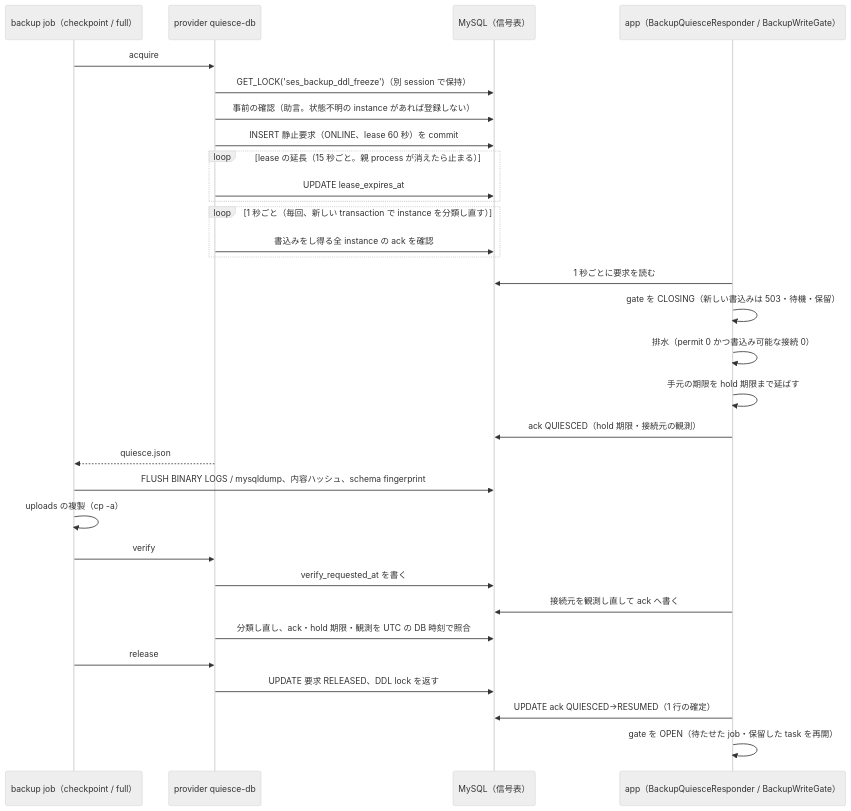
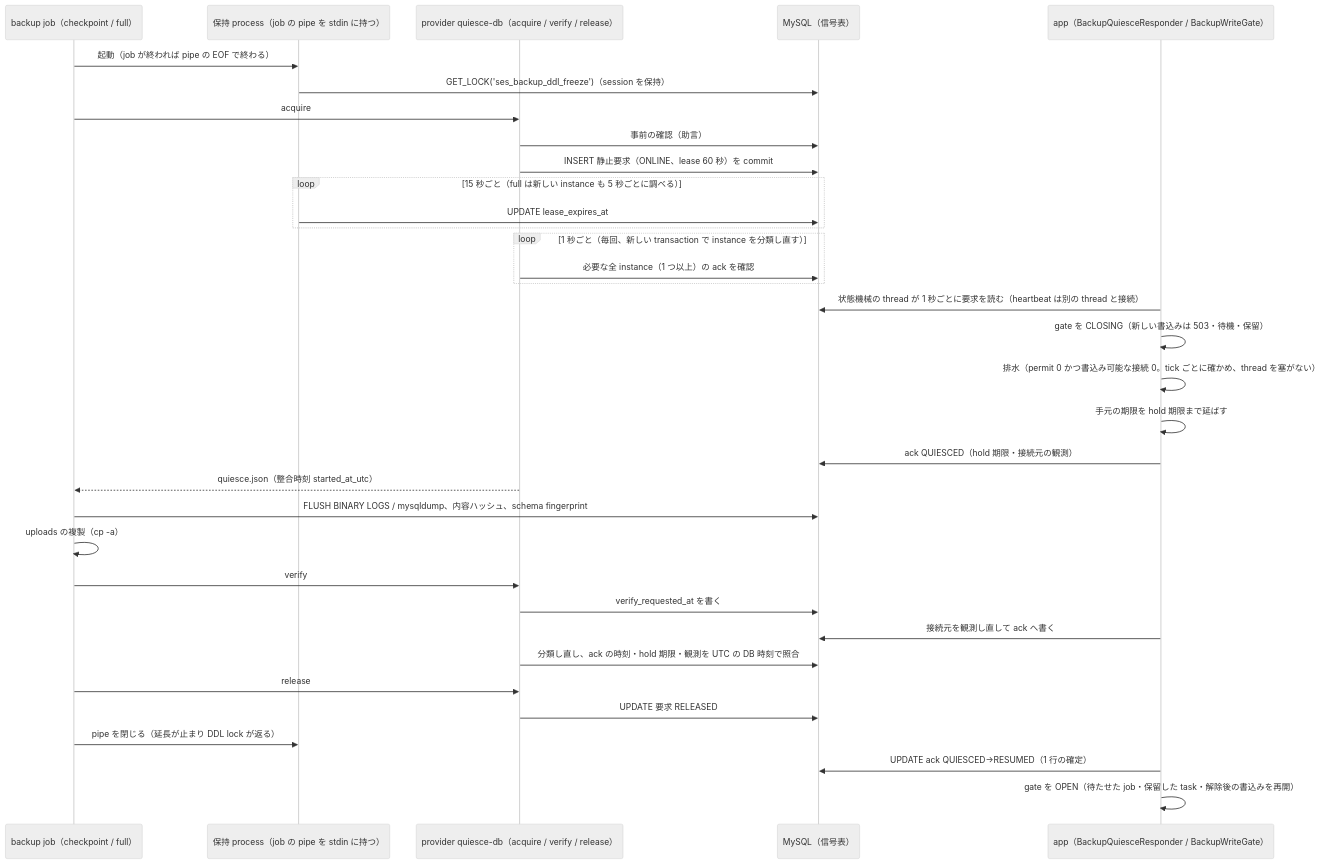
Before and after one commit to satoshi2024/ses-manager-pro: the diagram in .kiro/specs/backup-write-quiesce/design.md, drawn with Mermaid (neutral theme). The commit also changed other lines of this file and 2 other files, not shown here.

First line of the commit message:
backup の書込み静止の spec を差分 review と利用者の決定に合わせて直す（RB-QUIESCE 第 1 段階・第 3 版）

````diff
--- a/.kiro/specs/backup-write-quiesce/design.md
+++ b/.kiro/specs/backup-write-quiesce/design.md
@@ -16,33 +15,36 @@
 ```mermaid
 sequenceDiagram
     participant Job as backup job（checkpoint / full）
-    participant Prov as provider quiesce-db
+    participant Hold as 保持 process（job の pipe を stdin に持つ）
+    participant Prov as provider quiesce-db（acquire / verify / release）
     participant DB as MySQL（信号表）
     participant App as app（BackupQuiesceResponder / BackupWriteGate）
+    Job->>Hold: 起動（job が終われば pipe の EOF で終わる）
+    Hold->>DB: GET_LOCK('ses_backup_ddl_freeze')（session を保持）
     Job->>Prov: acquire
-    Prov->>DB: GET_LOCK('ses_backup_ddl_freeze')（別 session で保持）
-    Prov->>DB: 事前の確認（助言。状態不明の instance があれば登録しない）
+    Prov->>DB: 事前の確認（助言）
     Prov->>DB: INSERT 静止要求（ONLINE、lease 60 秒）を commit
-    loop lease の延長（15 秒ごと。親 process が消えたら止まる）
-        Prov->>DB: UPDATE lease_expires_at
+    loop 15 秒ごと（full は新しい instance も 5 秒ごとに調べる）
+        Hold->>DB: UPDATE lease_expires_at
     end
     loop 1 秒ごと（毎回、新しい transaction で instance を分類し直す）
-        Prov->>DB: 書込みをし得る全 instance の ack を確認
+        Prov->>DB: 必要な全 instance（1 つ以上）の ack を確認
     end
-    App->>DB: 1 秒ごとに要求を読む
+    App->>DB: 状態機械の thread が 1 秒ごとに要求を読む（heartbeat は別の thread と接続）
     App->>App: gate を CLOSING（新しい書込みは 503・待機・保留）
-    App->>App: 排水（permit 0 かつ書込み可能な接続 0）
+    App->>App: 排水（permit 0 かつ書込み可能な接続 0。tick ごとに確かめ、thread を塞がない）
     App->>App: 手元の期限を hold 期限まで延ばす
     App->>DB: ack QUIESCED（hold 期限・接続元の観測）
-    Prov-->>Job: quiesce.json
+    Prov-->>Job: quiesce.json（整合時刻 started_at_utc）
     Job->>DB: FLUSH BINARY LOGS / mysqldump、内容ハッシュ、schema fingerprint
     Job->>Job: uploads の複製（cp -a）
     Job->>Prov: verify
     Prov->>DB: verify_requested_at を書く
     App->>DB: 接続元を観測し直して ack へ書く
-    Prov->>DB: 分類し直し、ack・hold 期限・観測を UTC の DB 時刻で照合
+    Prov->>DB: 分類し直し、ack の時刻・hold 期限・観測を UTC の DB 時刻で照合
     Job->>Prov: release
-    Prov->>DB: UPDATE 要求 RELEASED、DDL lock を返す
+    Prov->>DB: UPDATE 要求 RELEASED
+    Job->>Hold: pipe を閉じる（延長が止まり DDL lock が返る）
     App->>DB: UPDATE ack QUIESCED→RESUMED（1 行の確定）
-    App->>App: gate を OPEN（待たせた job・保留した task を再開）
+    App->>App: gate を OPEN（待たせた job・保留した task・解除後の書込みを再開）
 ```
````
